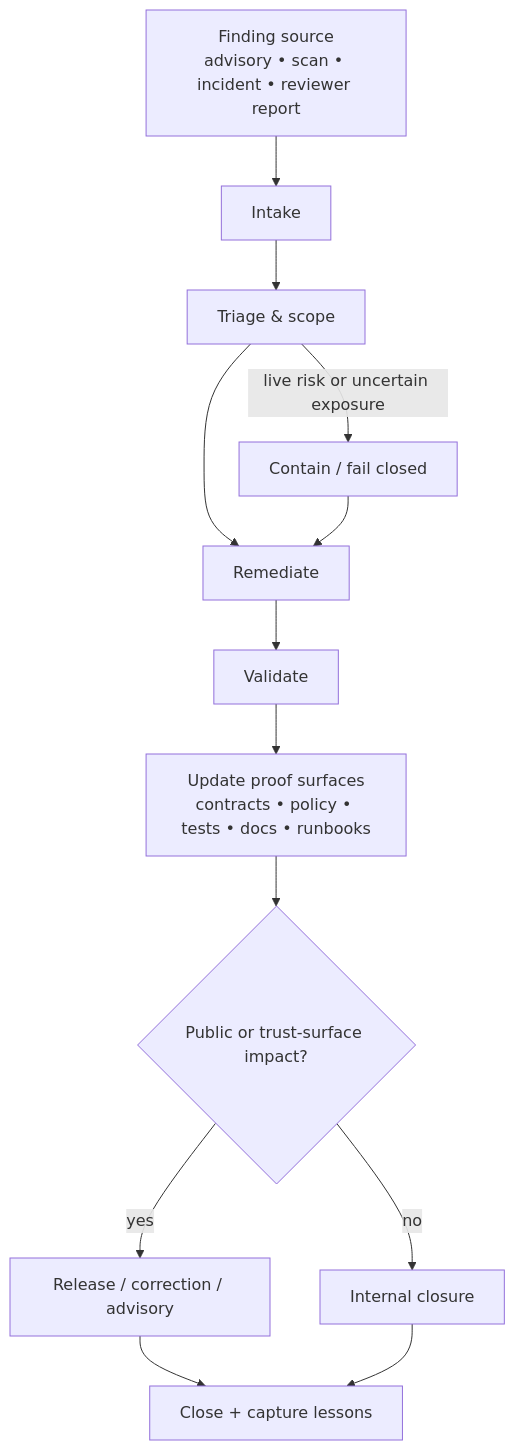
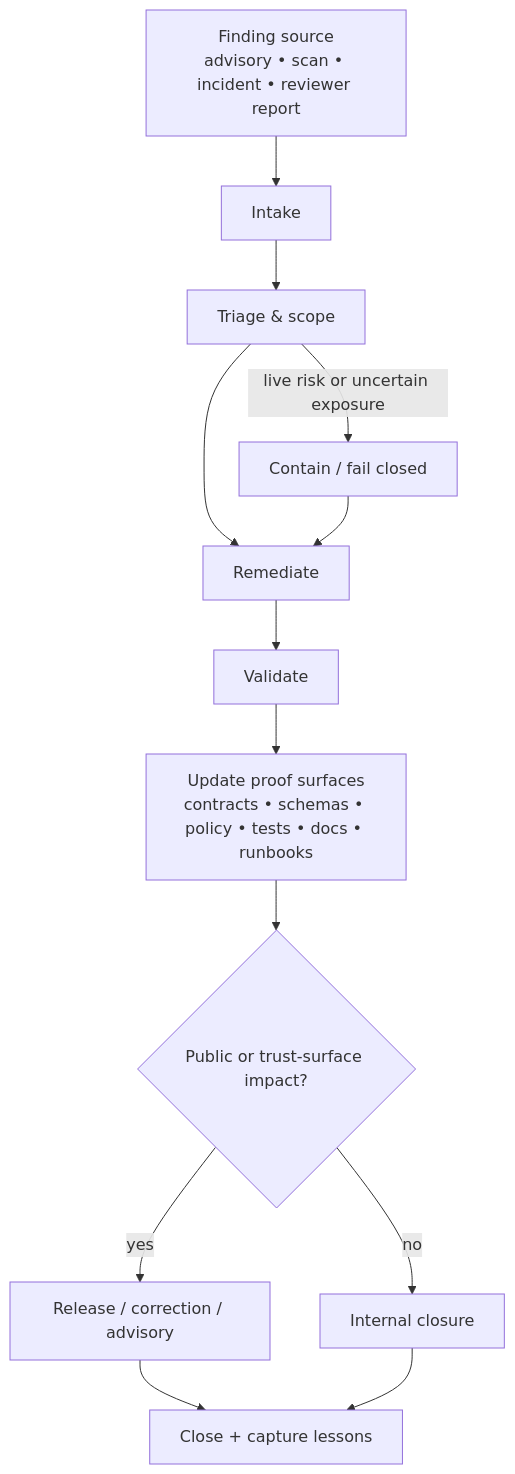
One commit to bartytime4life/Kansas-Frontier-Matrix changed the diagram in docs/security/vulnerability-management.md. Above: the diagram before and after it, drawn with Mermaid. The commit also changed other lines of this file, not shown here.

First line of the commit message:
Revise related documents, tags, and notes in policy

````diff
--- a/docs/security/vulnerability-management.md
+++ b/docs/security/vulnerability-management.md
@@ -173,15 +186,15 @@
 ```mermaid
 flowchart TD
     A[Finding source<br/>advisory • scan • incident • reviewer report] --> B[Intake]
     B --> C[Triage & scope]
     C -->|live risk or uncertain exposure| D[Contain / fail closed]
     C --> E[Remediate]
     D --> E
     E --> F[Validate]
-    F --> G[Update proof surfaces<br/>contracts • policy • tests • docs • runbooks]
+    F --> G[Update proof surfaces<br/>contracts • schemas • policy • tests • docs • runbooks]
     G --> H{Public or trust-surface impact?}
     H -->|yes| I[Release / correction / advisory]
     H -->|no| J[Internal closure]
     I --> K[Close + capture lessons]
     J --> K
 ```
````
